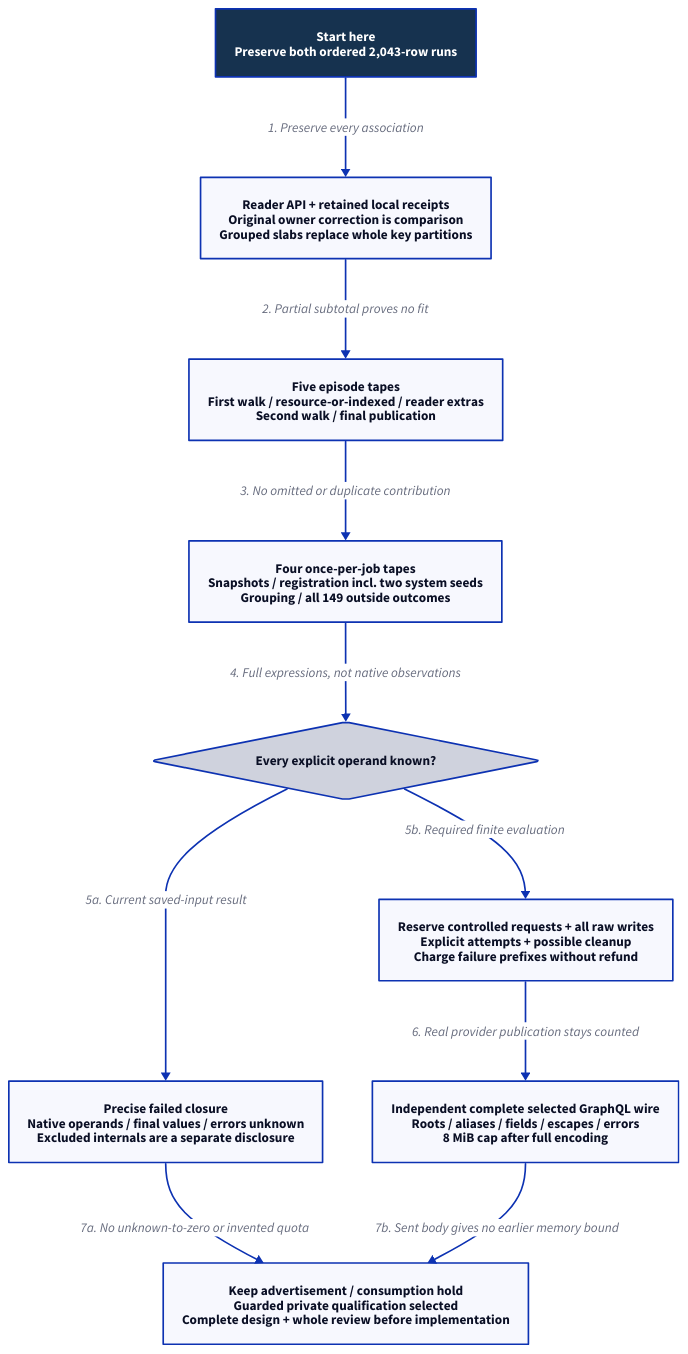
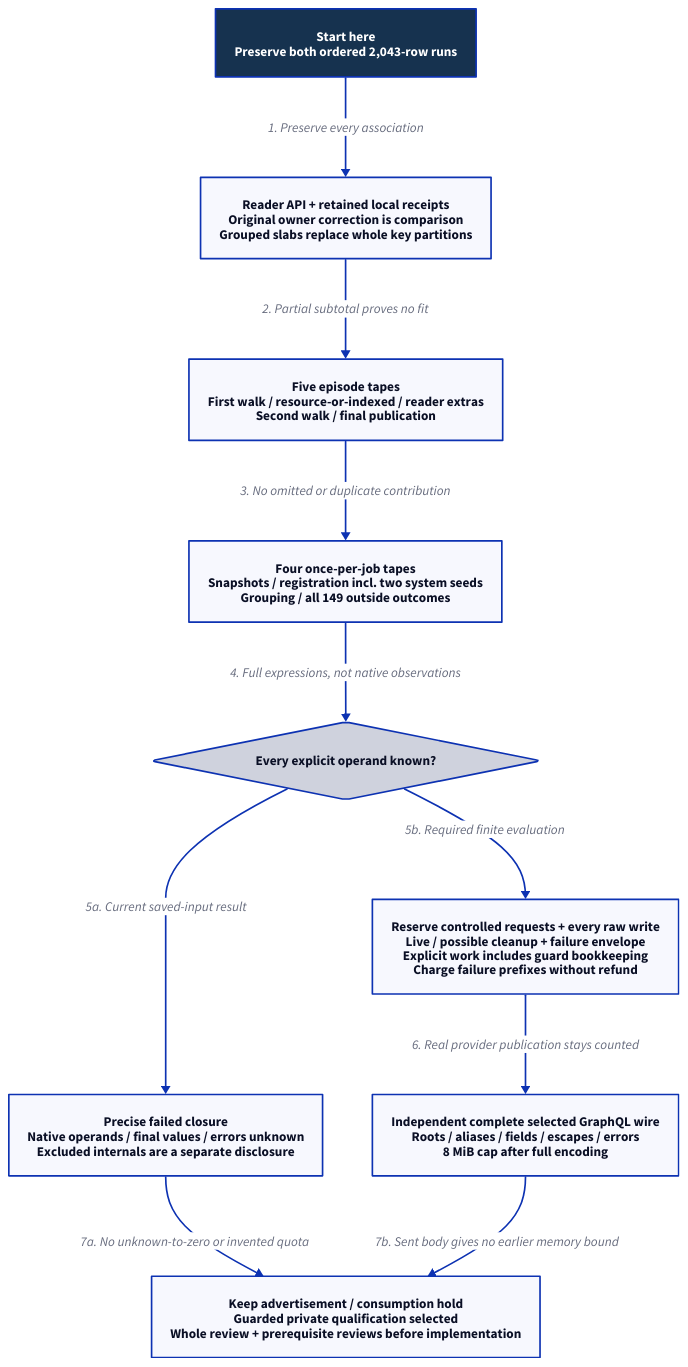
The diagram in docs/design/architecture/native-metadata-composition.d2 (Linkuistics/Koine), drawn with D2 before and after one commit. The commit also changed 61 other files, not shown here.

Commit message:
Complete guarded private application qualification design (application-metadata-qualification-boundary-k236; application-localized-metadata-k215)

```diff
--- a/docs/design/architecture/native-metadata-composition.d2
+++ b/docs/design/architecture/native-metadata-composition.d2
@@ -1,23 +1,23 @@
 direction: down
 start: "Start here\nPreserve both ordered 2,043-row runs" {
  style.fill: "#16324f"
  style.font-color: white
  style.bold: true
 }
 known: "Reader API + retained local receipts\nOriginal owner correction is comparison\nGrouped slabs replace whole key partitions"
 episodes: "Five episode tapes\nFirst walk / resource-or-indexed / reader extras\nSecond walk / final publication"
 job: "Four once-per-job tapes\nSnapshots / registration incl. two system seeds\nGrouping / all 149 outside outcomes"
 complete: "Every explicit operand known?" { shape: diamond }
-reserve: "Reserve controlled requests + all raw writes\nExplicit attempts + possible cleanup\nCharge failure prefixes without refund"
+reserve: "Reserve controlled requests + every raw write\nLive / possible cleanup + failure envelope\nExplicit work includes guard bookkeeping\nCharge failure prefixes without refund"
 unknown: "Precise failed closure\nNative operands / final values / errors unknown\nExcluded internals are a separate disclosure"
 wire: "Independent complete selected GraphQL wire\nRoots / aliases / fields / escapes / errors\n8 MiB cap after full encoding"
-hold: "Keep advertisement / consumption hold\nGuarded private qualification selected\nComplete design + whole review before implementation"
+hold: "Keep advertisement / consumption hold\nGuarded private qualification selected\nWhole review + prerequisite reviews before implementation"
 start -> known: "1. Preserve every association"
 known -> episodes: "2. Partial subtotal proves no fit"
 episodes -> job: "3. No omitted or duplicate contribution"
 job -> complete: "4. Full expressions, not native observations"
 complete -> unknown: "5a. Current saved-input result"
 complete -> reserve: "5b. Required finite evaluation"
 reserve -> wire: "6. Real provider publication stays counted"
 unknown -> hold: "7a. No unknown-to-zero or invented quota"
 wire -> hold: "7b. Sent body gives no earlier memory bound"
```
